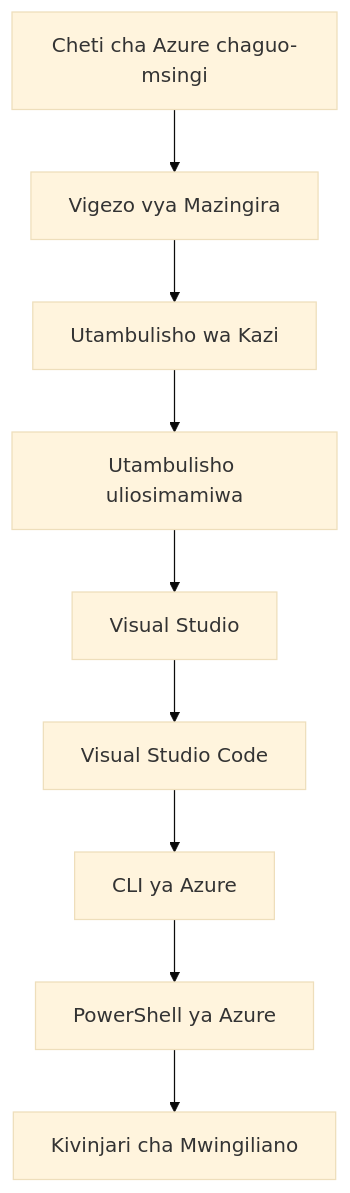
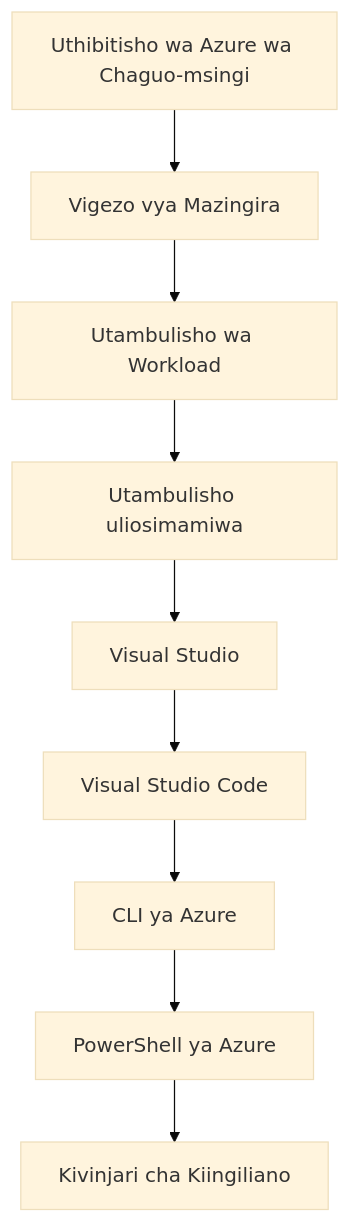
The second of 2 diagrams in translations/sw/docs/chapter-01-foundation/azd-basics.md (microsoft/AZD-for-beginners), drawn with Mermaid (base theme) before and after one commit. The commit also changed other lines of this file and 101 other files, not shown here.

````diff
--- a/translations/sw/docs/chapter-01-foundation/azd-basics.md
+++ b/translations/sw/docs/chapter-01-foundation/azd-basics.md
@@ -593,11 +591,11 @@
 ```mermaid
 graph TD
-    A[Cheti cha Azure chaguo-msingi] --> B[Vigezo vya Mazingira]
-    B --> C[Utambulisho wa Kazi]
+    A[Uthibitisho wa Azure wa Chaguo-msingi] --> B[Vigezo vya Mazingira]
+    B --> C[Utambulisho wa Workload]
     C --> D[Utambulisho uliosimamiwa]
     D --> E[Visual Studio]
     E --> F[Visual Studio Code]
     F --> G[CLI ya Azure]
     G --> H[PowerShell ya Azure]
-    H --> I[Kivinjari cha Mwingiliano]
+    H --> I[Kivinjari cha Kiingiliano]
 ```
````
